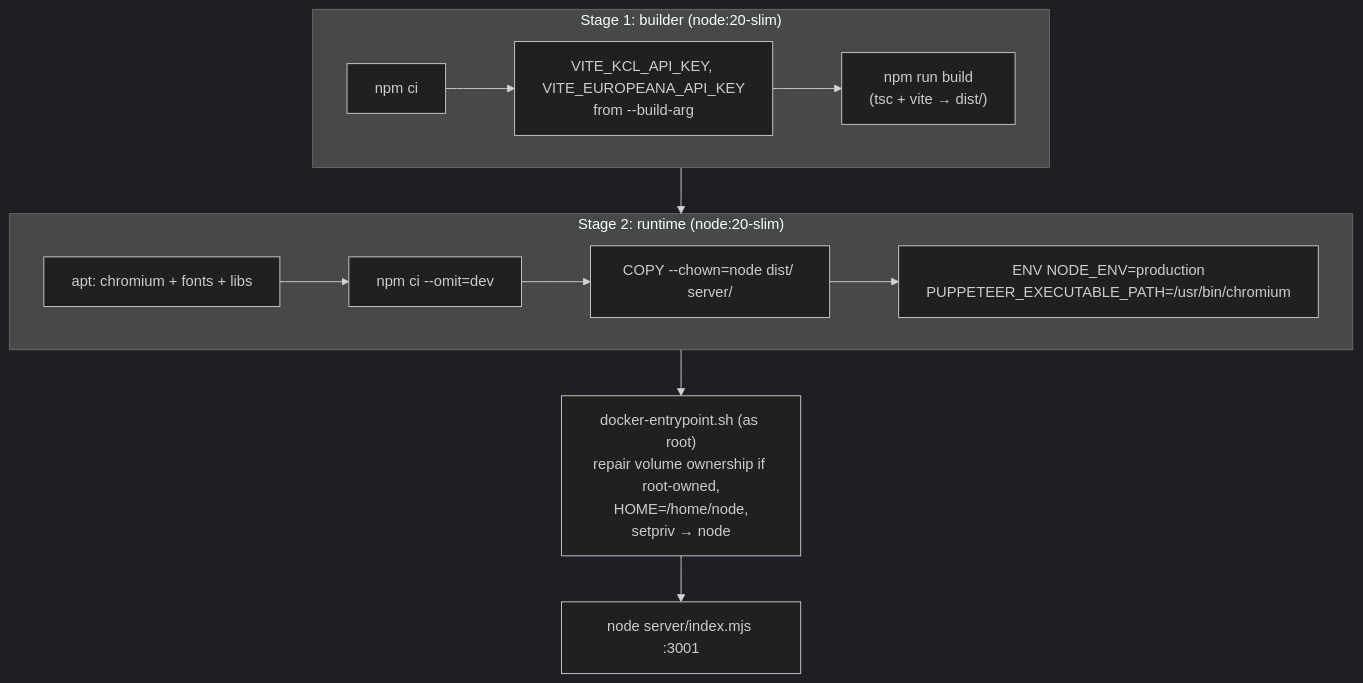
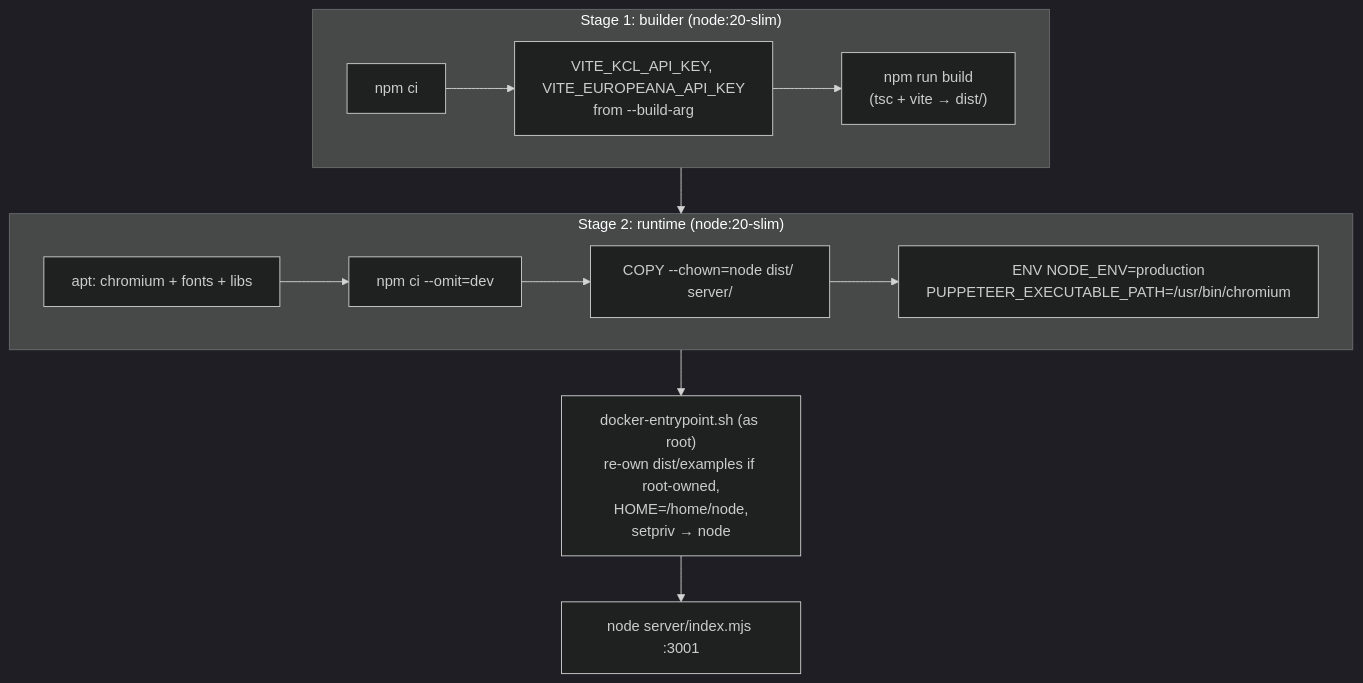
One commit to kingsdigitallab/nfcs-poc changed diagram 14 of 14 in docs/architecture.md. Above: the diagram before and after it, drawn with Mermaid (dark theme). The commit also changed other lines of this file and 8 other files, not shown here.

````diff
--- a/docs/architecture.md
+++ b/docs/architecture.md
@@ -581,12 +575,12 @@
 ```mermaid
 flowchart TB
   subgraph build["Stage 1: builder (node:20-slim)"]
     B1["npm ci"] --> B2["VITE_KCL_API_KEY, VITE_EUROPEANA_API_KEY<br/>from --build-arg"] --> B3["npm run build<br/>(tsc + vite → dist/)"]
   end
   subgraph run["Stage 2: runtime (node:20-slim)"]
     R1["apt: chromium + fonts + libs"] --> R2["npm ci --omit=dev"] --> R3["COPY --chown=node dist/ server/"] --> R4["ENV NODE_ENV=production<br/>PUPPETEER_EXECUTABLE_PATH=/usr/bin/chromium"]
   end
   build --> run
-  run --> EP["docker-entrypoint.sh (as root)<br/>repair volume ownership if root-owned,<br/>HOME=/home/node,<br/>setpriv → node"]
+  run --> EP["docker-entrypoint.sh (as root)<br/>re-own dist/examples if root-owned,<br/>HOME=/home/node,<br/>setpriv → node"]
   EP --> CMD["node server/index.mjs :3001"]
 ```
````
